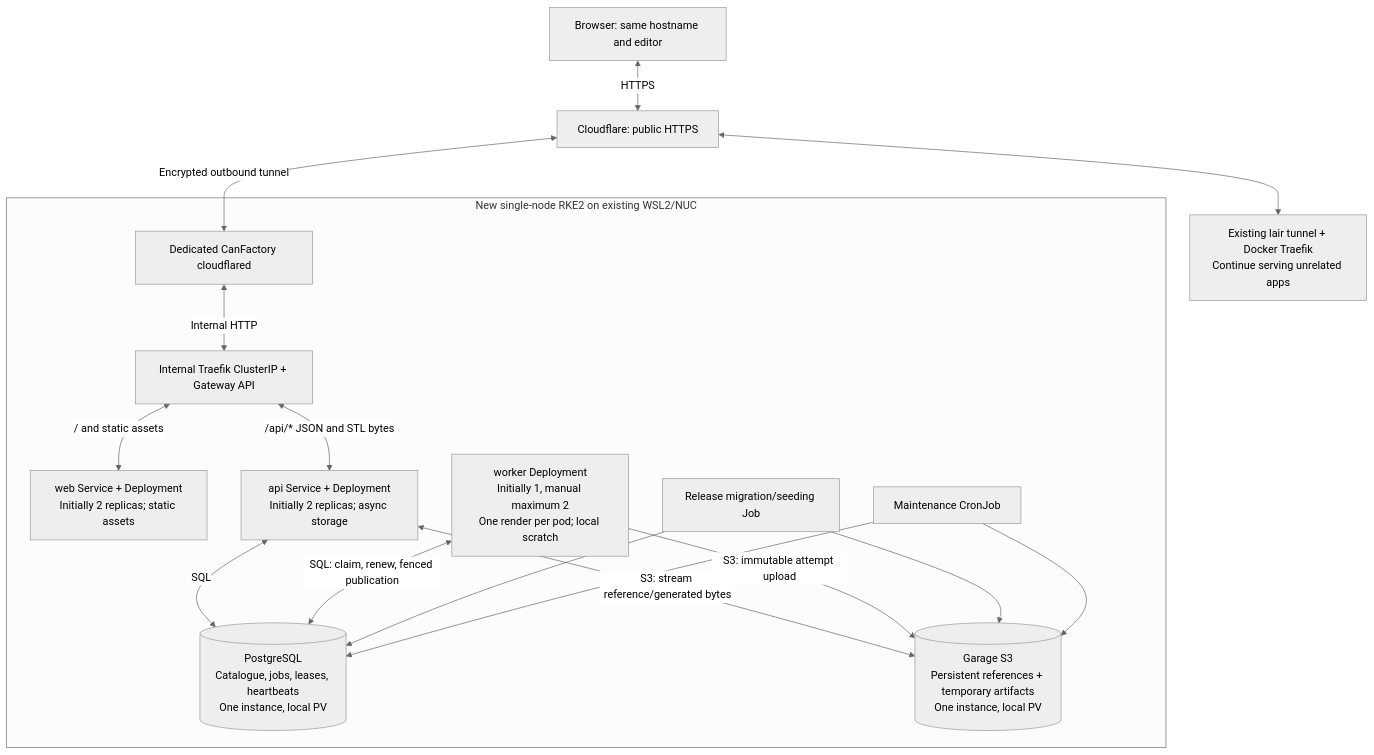
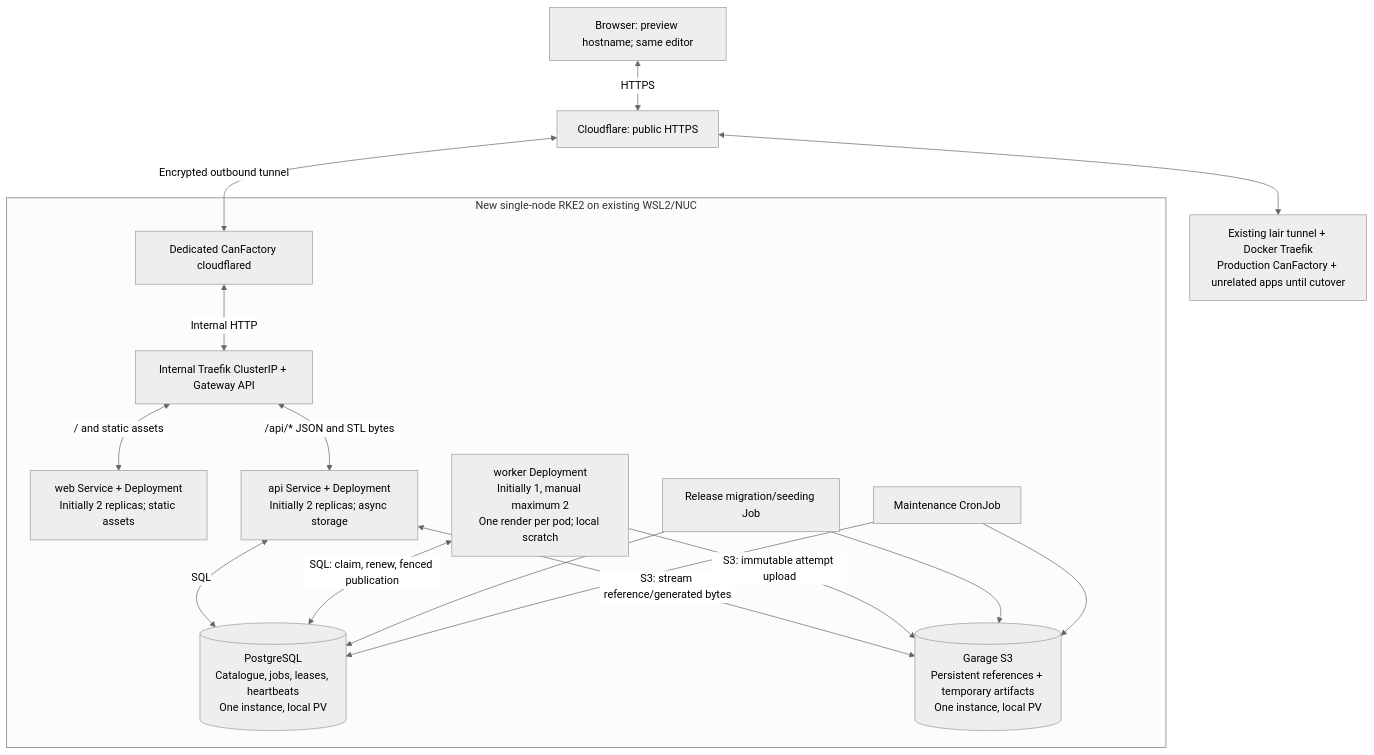
Before and after one commit to NNTin/CanFactory: the third of 4 diagrams in docs/container-architecture.md, drawn with Mermaid (neutral theme). The commit also changed other lines of this file and 2 other files, not shown here.

````diff
--- a/docs/container-architecture.md
+++ b/docs/container-architecture.md
@@ -133,34 +133,34 @@
 ```mermaid
 flowchart TB
-    browser["Browser: same hostname and editor"]
+    browser["Browser: preview hostname; same editor"]
     cloud["Cloudflare: public HTTPS"]
     browser <-->|"HTTPS"| cloud
 
     subgraph cluster["New single-node RKE2 on existing WSL2/NUC"]
         tunnel["Dedicated CanFactory cloudflared"]
         ingress["Internal Traefik ClusterIP + Gateway API"]
         web["web Service + Deployment<br/>Initially 2 replicas; static assets"]
         api["api Service + Deployment<br/>Initially 2 replicas; async storage"]
         workers["worker Deployment<br/>Initially 1, manual maximum 2<br/>One render per pod; local scratch"]
         release["Release migration/seeding Job"]
         maintenance["Maintenance CronJob"]
         pg[("PostgreSQL<br/>Catalogue, jobs, leases, heartbeats<br/>One instance, local PV")]
         garage[("Garage S3<br/>Persistent references + temporary artifacts<br/>One instance, local PV")]
     end
 
     cloud <-->|"Encrypted outbound tunnel"| tunnel
     tunnel <-->|"Internal HTTP"| ingress
     ingress <-->|"/ and static assets"| web
     ingress <-->|"/api/* JSON and STL bytes"| api
     api <-->|"SQL"| pg
     workers <-->|"SQL: claim, renew, fenced publication"| pg
     api <-->|"S3: stream reference/generated bytes"| garage
     workers -->|"S3: immutable attempt upload"| garage
     release --> pg
     release --> garage
     maintenance --> pg
     maintenance --> garage
 
-    shared["Existing lair tunnel + Docker Traefik<br/>Continue serving unrelated apps"]
+    shared["Existing lair tunnel + Docker Traefik<br/>Production CanFactory + unrelated apps until cutover"]
     cloud <--> shared
 ```
````
